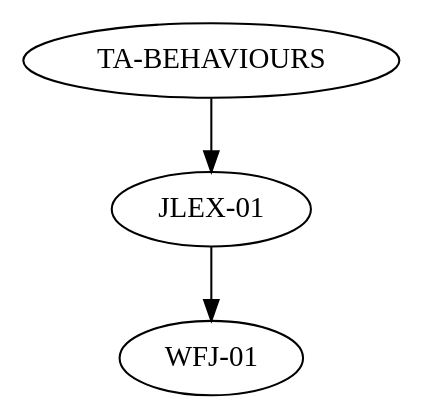
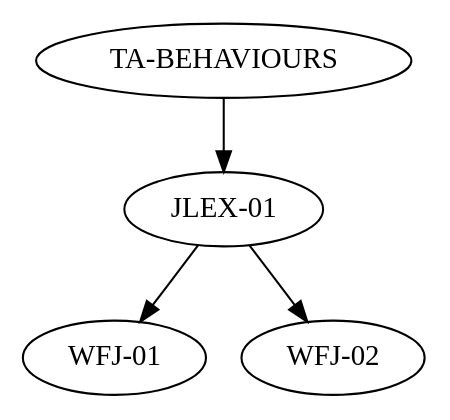
The diagram in .dotstop.dot (score-json/trudag-demo), drawn with Graphviz before and after one commit. The commit also changed 18 other files, not shown here.

```diff
--- a/.dotstop.dot
+++ b/.dotstop.dot
@@ -1,10 +1,12 @@
 # This file is automatically generated by dotstop and should not be edited manually.
 # Generated using trustable 2025.6.25.
 
 digraph G {
+"JLEX-01" [sha=ed6af0bbb71fd365af16118965c922f09a98b9bc3abd82daa7bf7e0c125dc91d];
 "TA-BEHAVIOURS" [sha="3ec27e29aa991978efe6a56267b98c2a08b27a4aff693d5cf2b01dfe72276570"];
-"JLEX-01" [sha=ed6af0bbb71fd365af16118965c922f09a98b9bc3abd82daa7bf7e0c125dc91d];
 "WFJ-01" [sha="8c58c75fcf8e14a205fc5fffaef3f01763ccf962b3118aaf155353b68d176ee8"];
+"WFJ-02" [sha=cb13e13b13dd9c83c6d1a4fb816a895344302a734feb6f72a97f8faa7666d37e];
+"JLEX-01" -> "WFJ-01" [sha=e2920618ecb64f3b50cb5310c732529f14d2963a5ace2b4a6eafaacfec7a7ea0];
+"JLEX-01" -> "WFJ-02" [sha=d42e0eff6ba4bddab692d3a0e8c601d8b102c216b864e02a4c05405299b0fe86];
 "TA-BEHAVIOURS" -> "JLEX-01" [sha="8cd931ef61b7012140344adf54469e943bfc690ee54f12db12777464880061db"];
-"JLEX-01" -> "WFJ-01" [sha=e2920618ecb64f3b50cb5310c732529f14d2963a5ace2b4a6eafaacfec7a7ea0];
 }
```
